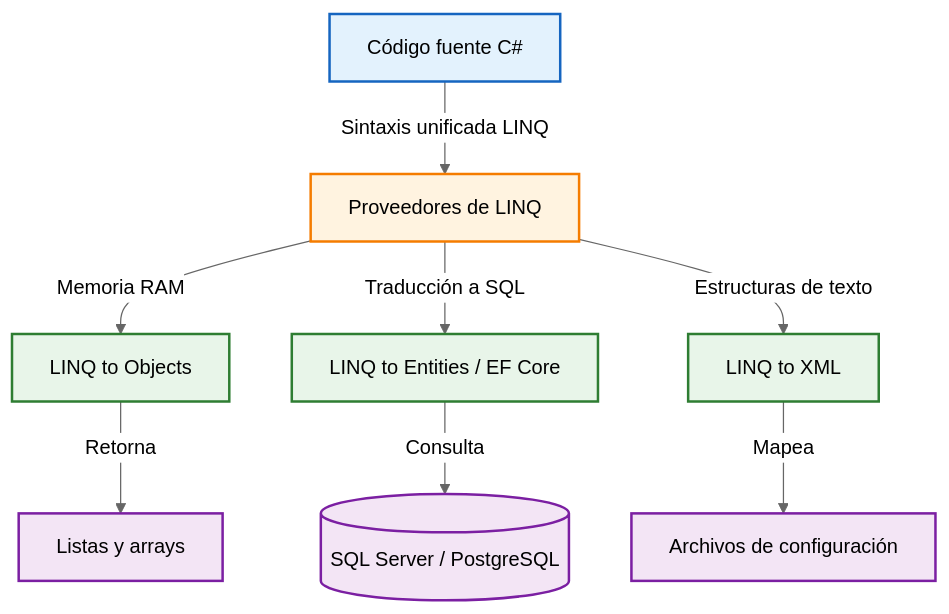
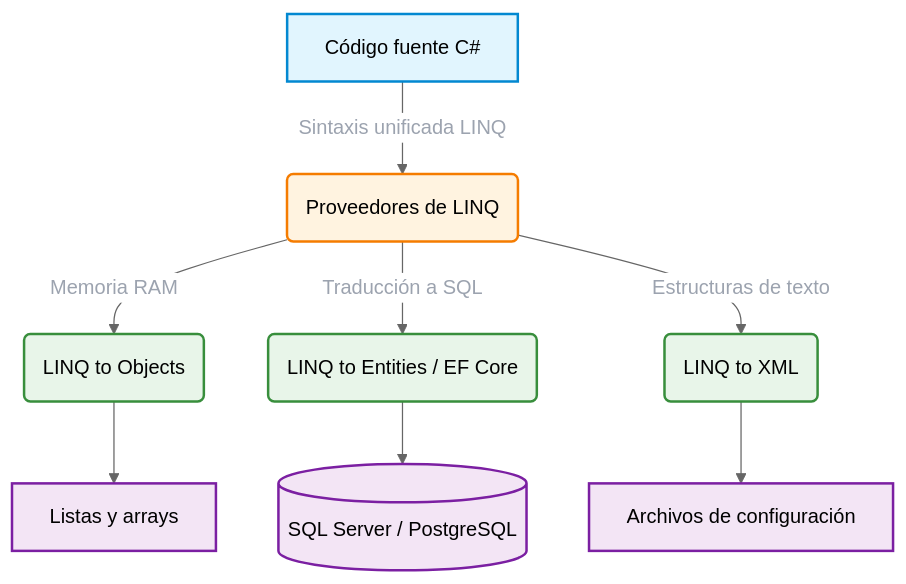
Before and after one commit to mar991-c/Manual-linQ: the diagram in docs/que-es-linq.md, drawn with Mermaid (neutral theme).

Commit message:
docs: actualizar

````diff
--- a/docs/que-es-linq.md
+++ b/docs/que-es-linq.md
@@ -92,31 +92,21 @@
 ```mermaid
 graph TD
-    A[Código fuente C#] -->|Sintaxis unificada LINQ| B[Proveedores de LINQ]
-    
-    B -->|Memoria RAM| C[LINQ to Objects]
-    C -->|Retorna| F[Listas y arrays]
-    
-    B -->|Traducción a SQL| D[LINQ to Entities / EF Core]
-    D -->|Consulta| G[(SQL Server / PostgreSQL)]
-    
-    B -->|Estructuras de texto| E[LINQ to XML]
-    E -->|Mapea| H[Archivos de configuración]
+    A[Código fuente C#] -->|Sintaxis unificada LINQ| B(Proveedores de LINQ)
+    B -->|Memoria RAM| C(LINQ to Objects)
+    B -->|Traducción a SQL| D(LINQ to Entities / EF Core)
+    B -->|Estructuras de texto| E(LINQ to XML)
+    C --> F[Listas y arrays]
+    D --> G[(SQL Server / PostgreSQL)]
+    E --> H[Archivos de configuración]
 
-    %% Definir una clase para texto negro legible
-    classDef darkText color:#000000;
-    
-    %% Aplicar la clase de texto negro a todos los nodos
-    class A,B,C,D,E,F,G,H darkText;
+    style A fill:#e1f5fe,stroke:#0288d1,stroke-width:2px,color:#000000
+    style B fill:#fff3e0,stroke:#f57c00,stroke-width:2px,color:#000000
+    style C fill:#e8f5e9,stroke:#388e3c,stroke-width:2px,color:#000000
+    style D fill:#e8f5e9,stroke:#388e3c,stroke-width:2px,color:#000000
+    style E fill:#e8f5e9,stroke:#388e3c,stroke-width:2px,color:#000000
+    style F fill:#f3e5f5,stroke:#7b1fa2,stroke-width:2px,color:#000000
+    style G fill:#f3e5f5,stroke:#7b1fa2,stroke-width:2px,color:#000000
+    style H fill:#f3e5f5,stroke:#7b1fa2,stroke-width:2px,color:#000000
 
-    %% Estilos de fondo y borde (se mantienen iguales)
-    style A fill:#e3f2fd,stroke:#1565c0,stroke-width:2px
-    style B fill:#fff3e0,stroke:#f57c00,stroke-width:2px
-    
-    style C fill:#e8f5e9,stroke:#2e7d32,stroke-width:2px
-    style D fill:#e8f5e9,stroke:#2e7d32,stroke-width:2px
-    style E fill:#e8f5e9,stroke:#2e7d32,stroke-width:2px
-    
-    style F fill:#f3e5f5,stroke:#7b1fa2,stroke-width:2px
-    style G fill:#f3e5f5,stroke:#7b1fa2,stroke-width:2px
-    style H fill:#f3e5f5,stroke:#7b1fa2,stroke-width:2px
+    linkStyle default color:#9ca3af
 ```
````
